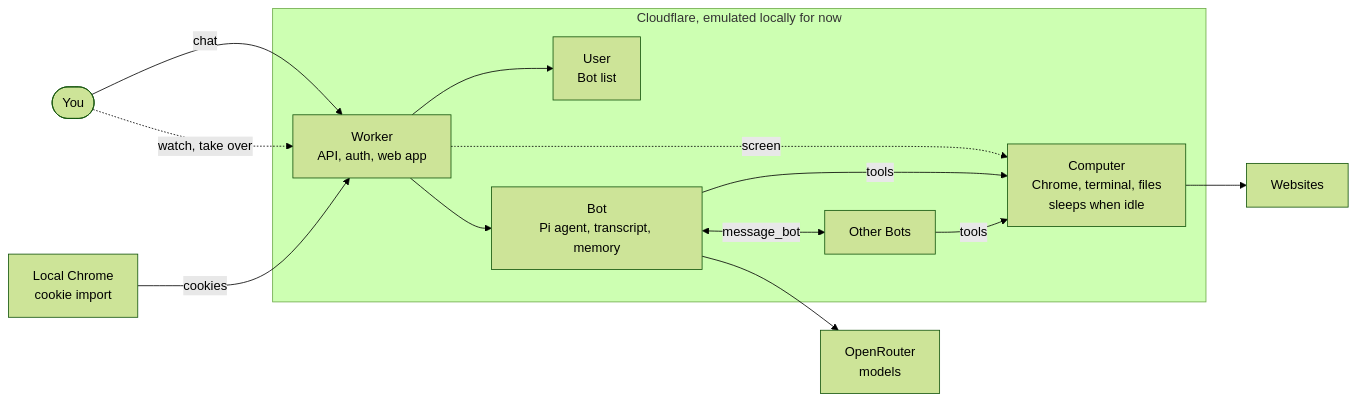
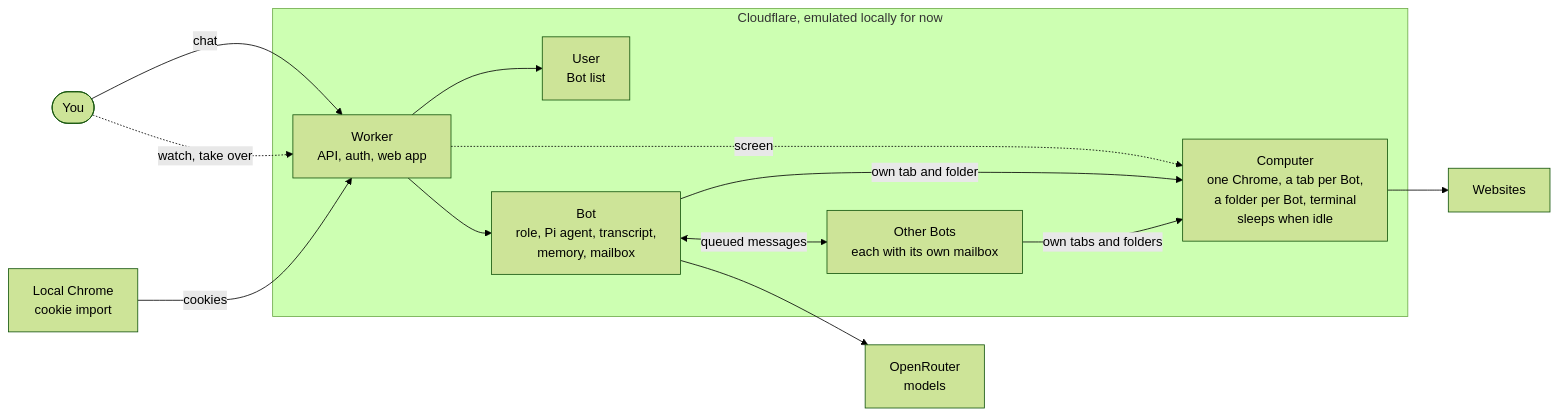
Before and after one commit to simonbalfe/flarebot: the diagram in README.md, drawn with Mermaid (forest theme). The commit also changed other lines of this file and 36 other files, not shown here.

First line of the commit message:
feat: bots as scoped bubbles with threads, mailbox, shared browser and repo folders

````diff
--- a/README.md
+++ b/README.md
@@ -49,28 +59,28 @@
 ```mermaid
 flowchart LR
   you(["You"])
   mac["Local Chrome<br/>cookie import"]
 
   subgraph cf["Cloudflare, emulated locally for now"]
     worker["Worker<br/>API, auth, web app"]
     user["User<br/>Bot list"]
-    bot["Bot<br/>Pi agent, transcript, memory"]
-    others["Other Bots"]
-    computer["Computer<br/>Chrome, terminal, files<br/>sleeps when idle"]
+    bot["Bot<br/>role, Pi agent, transcript,<br/>memory, mailbox"]
+    others["Other Bots<br/>each with its own mailbox"]
+    computer["Computer<br/>one Chrome, a tab per Bot,<br/>a folder per Bot, terminal<br/>sleeps when idle"]
   end
 
   models["OpenRouter<br/>models"]
   sites["Websites"]
 
   you -->|"chat"| worker
   you -.->|"watch, take over"| worker
   mac -->|"cookies"| worker
   worker --> user
   worker --> bot
   worker -.->|"screen"| computer
-  bot <-->|"message_bot"| others
-  bot -->|"tools"| computer
-  others -->|"tools"| computer
+  bot <-->|"queued messages"| others
+  bot -->|"own tab and folder"| computer
+  others -->|"own tabs and folders"| computer
   bot --> models
   computer --> sites
 ```
````
